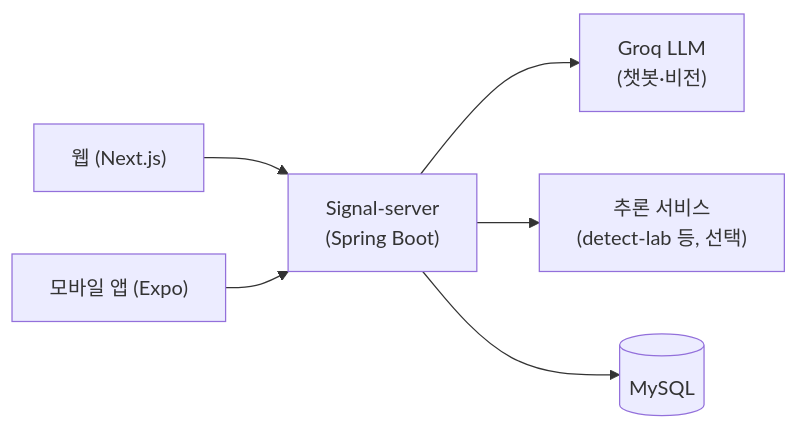
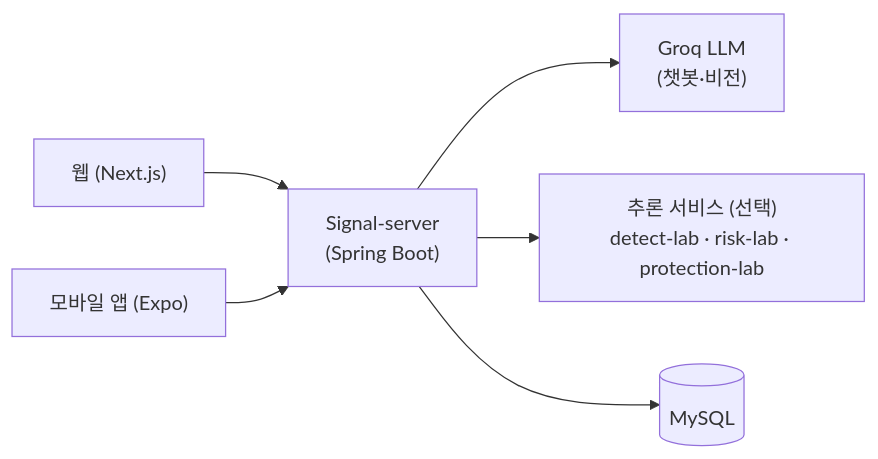
One commit to somaus/Signal-web changed the diagram in README.md. Above: the diagram before and after it, drawn with Mermaid. The commit also changed other lines of this file, not shown here.

````diff
--- a/README.md
+++ b/README.md
@@ -26,8 +79,8 @@
 ```mermaid
 flowchart LR
     Web["웹 (Next.js)"] --> Server
     App["모바일 앱 (Expo)"] --> Server
     Server["Signal-server<br/>(Spring Boot)"] --> LLM["Groq LLM<br/>(챗봇·비전)"]
-    Server --> Lab["추론 서비스<br/>(detect-lab 등, 선택)"]
+    Server --> Lab["추론 서비스 (선택)<br/>detect-lab · risk-lab · protection-lab"]
     Server --> DB[("MySQL")]
 ```
````
